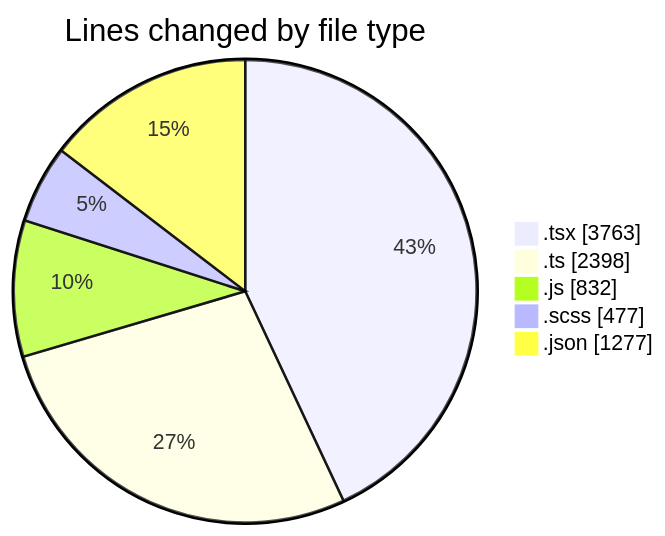
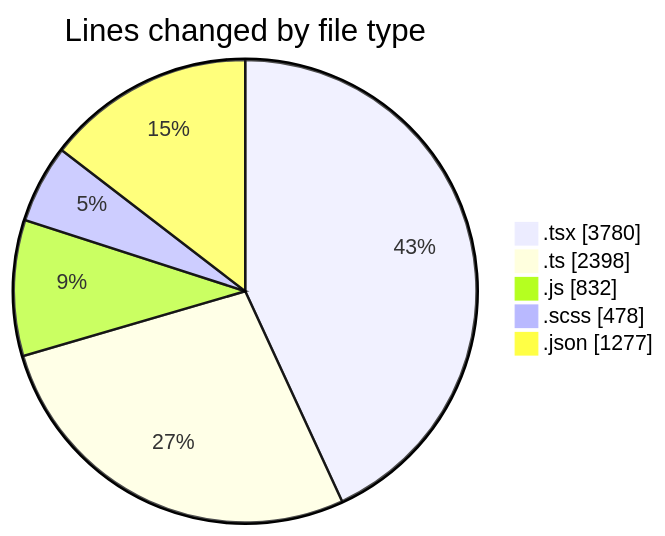
One commit to momahboobian/code-tracking changed the first of 2 diagrams in 2026-06-15/cda/README.md. Above: the diagram before and after it, drawn with Mermaid. The commit also changed other lines of this file and 1 other file, not shown here.

````diff
--- a/2026-06-15/cda/README.md
+++ b/2026-06-15/cda/README.md
@@ -69,9 +69,9 @@
 ```mermaid
 pie showData
 title Lines changed by file type
-".tsx" : 3763
+".tsx" : 3780
 ".ts" : 2398
 ".js" : 832
-".scss" : 477
+".scss" : 478
 ".json" : 1277
 ```
````
